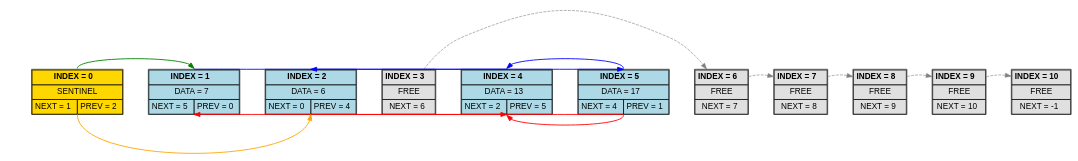
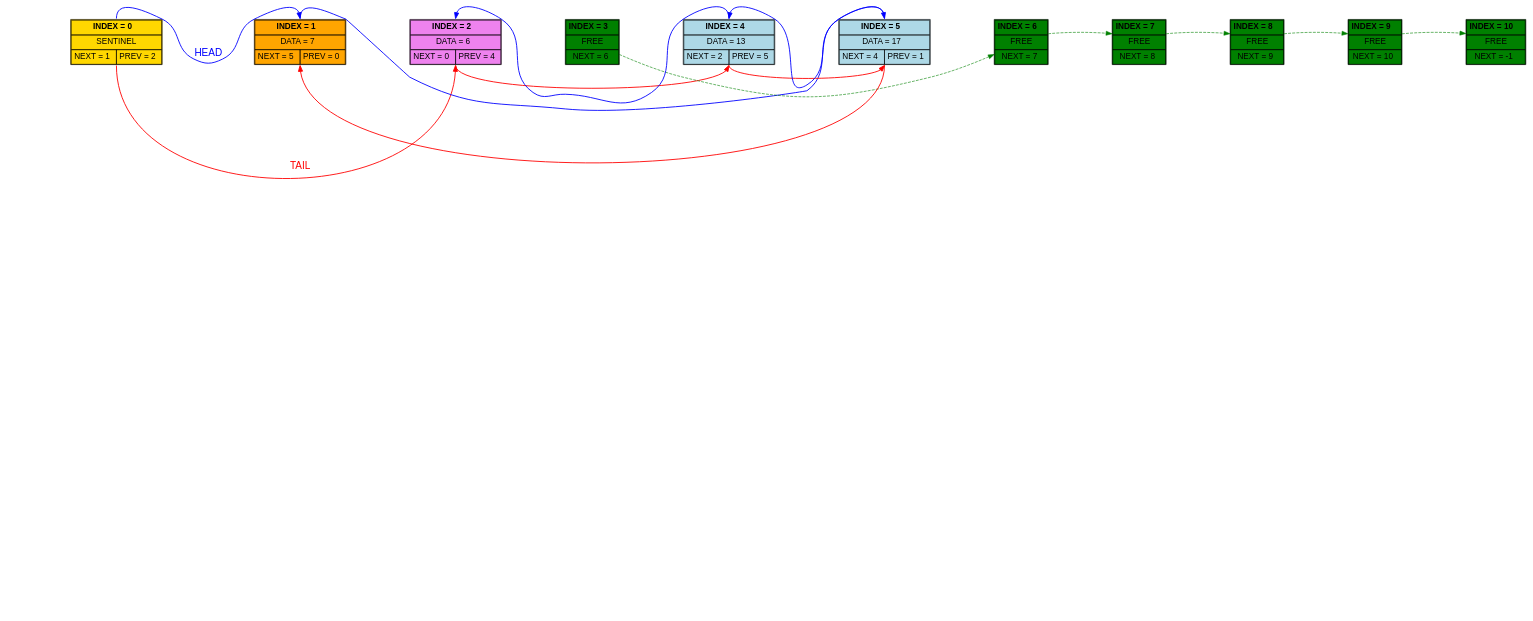
Before and after one commit to Kunanta0/List: the diagram in dump.dot, drawn with Graphviz.

```diff
--- a/dump.dot
+++ b/dump.dot
@@ -1,120 +1,121 @@
 digraph G {
- rankdir=TB;
+ rankdir=LR;
  splines=true;
  nodesep=0.6;
  ranksep=1.5;
  node [shape=none, margin=0, fontname="Helvetica"];
+ edge [fontname="Helvetica", fontsize=12];
  anchor [shape=point, style=invis, width=0];
- { rank=same; anchor;  node0 [label=<
+ { rank=same; anchor;  }
+ node0 [label=<
  <table border="1" cellborder="1" cellspacing="0" cellpadding="4" bgcolor="gold">
  <tr><td colspan="2"><b>INDEX = 0</b></td></tr>
  <tr><td colspan="2">SENTINEL</td></tr>
  <tr><td>NEXT = 1</td><td>PREV = 2</td></tr>
  </table>
  >];
  node1 [label=<
- <table border="1" cellborder="1" cellspacing="0" cellpadding="4" bgcolor="#add8e6">
+ <table border="1" cellborder="1" cellspacing="0" cellpadding="4" bgcolor="orange">
  <tr><td colspan="2"><b>INDEX = 1</b></td></tr>
  <tr><td colspan="2">DATA = 7</td></tr>
  <tr><td>NEXT = 5</td><td>PREV = 0</td></tr>
  </table>
  >];
  node2 [label=<
- <table border="1" cellborder="1" cellspacing="0" cellpadding="4" bgcolor="#add8e6">
+ <table border="1" cellborder="1" cellspacing="0" cellpadding="4" bgcolor="violet">
  <tr><td colspan="2"><b>INDEX = 2</b></td></tr>
  <tr><td colspan="2">DATA = 6</td></tr>
  <tr><td>NEXT = 0</td><td>PREV = 4</td></tr>
  </table>
  >];
  node3 [label=<
- <table border="1" cellborder="1" cellspacing="0" cellpadding="4" bgcolor="#e0e0e0">
+ <table border="1" cellborder="1" cellspacing="0" cellpadding="4" bgcolor="green">
  <tr><td colspan="2"><b>INDEX = 3</b></td></tr>
  <tr><td colspan="2">FREE</td></tr>
  <tr><td colspan="2">NEXT = 6</td></tr>
  </table>
  >];
  node4 [label=<
  <table border="1" cellborder="1" cellspacing="0" cellpadding="4" bgcolor="#add8e6">
  <tr><td colspan="2"><b>INDEX = 4</b></td></tr>
  <tr><td colspan="2">DATA = 13</td></tr>
  <tr><td>NEXT = 2</td><td>PREV = 5</td></tr>
  </table>
  >];
  node5 [label=<
  <table border="1" cellborder="1" cellspacing="0" cellpadding="4" bgcolor="#add8e6">
  <tr><td colspan="2"><b>INDEX = 5</b></td></tr>
  <tr><td colspan="2">DATA = 17</td></tr>
  <tr><td>NEXT = 4</td><td>PREV = 1</td></tr>
  </table>
  >];
  node6 [label=<
- <table border="1" cellborder="1" cellspacing="0" cellpadding="4" bgcolor="#e0e0e0">
+ <table border="1" cellborder="1" cellspacing="0" cellpadding="4" bgcolor="green">
  <tr><td colspan="2"><b>INDEX = 6</b></td></tr>
  <tr><td colspan="2">FREE</td></tr>
  <tr><td colspan="2">NEXT = 7</td></tr>
  </table>
  >];
  node7 [label=<
- <table border="1" cellborder="1" cellspacing="0" cellpadding="4" bgcolor="#e0e0e0">
+ <table border="1" cellborder="1" cellspacing="0" cellpadding="4" bgcolor="green">
  <tr><td colspan="2"><b>INDEX = 7</b></td></tr>
  <tr><td colspan="2">FREE</td></tr>
  <tr><td colspan="2">NEXT = 8</td></tr>
  </table>
  >];
  node8 [label=<
- <table border="1" cellborder="1" cellspacing="0" cellpadding="4" bgcolor="#e0e0e0">
+ <table border="1" cellborder="1" cellspacing="0" cellpadding="4" bgcolor="green">
  <tr><td colspan="2"><b>INDEX = 8</b></td></tr>
  <tr><td colspan="2">FREE</td></tr>
  <tr><td colspan="2">NEXT = 9</td></tr>
  </table>
  >];
  node9 [label=<
- <table border="1" cellborder="1" cellspacing="0" cellpadding="4" bgcolor="#e0e0e0">
+ <table border="1" cellborder="1" cellspacing="0" cellpadding="4" bgcolor="green">
  <tr><td colspan="2"><b>INDEX = 9</b></td></tr>
  <tr><td colspan="2">FREE</td></tr>
  <tr><td colspan="2">NEXT = 10</td></tr>
  </table>
  >];
  node10 [label=<
- <table border="1" cellborder="1" cellspacing="0" cellpadding="4" bgcolor="#e0e0e0">
+ <table border="1" cellborder="1" cellspacing="0" cellpadding="4" bgcolor="green">
  <tr><td colspan="2"><b>INDEX = 10</b></td></tr>
  <tr><td colspan="2">FREE</td></tr>
  <tr><td colspan="2">NEXT = -1</td></tr>
  </table>
  >];
- }
  anchor -> node0 [style=invis];
  anchor -> node1 [style=invis];
  node0 -> node1 [style=invis, weight=100];
  anchor -> node2 [style=invis];
  node1 -> node2 [style=invis, weight=100];
  anchor -> node3 [style=invis];
  node2 -> node3 [style=invis, weight=100];
  anchor -> node4 [style=invis];
  node3 -> node4 [style=invis, weight=100];
  anchor -> node5 [style=invis];
  node4 -> node5 [style=invis, weight=100];
  anchor -> node6 [style=invis];
  node5 -> node6 [style=invis, weight=100];
  anchor -> node7 [style=invis];
  node6 -> node7 [style=invis, weight=100];
  anchor -> node8 [style=invis];
  node7 -> node8 [style=invis, weight=100];
  anchor -> node9 [style=invis];
  node8 -> node9 [style=invis, weight=100];
  anchor -> node10 [style=invis];
  node9 -> node10 [style=invis, weight=100];
- node0:n -> node1:n [color=green, constraint=false, penwidth=1.5];
- node2:s -> node0:s [color=orange, dir=back, constraint=false, penwidth=1.5];
+ node0:n -> node1:n [color=blue, constraint=false, penwidth=1.5, label="HEAD", fontcolor=blue, fontsize=17];
+ node0:s -> node2:s [color=red, constraint=false, penwidth=1.5, label="TAIL", fontcolor=red, fontsize=17];
  node1:n -> node5:n [color=blue, constraint=false, penwidth=1.5];
- node4:s -> node2:s [color=red, dir=back, constraint=false, penwidth=1.5];
- node3 -> node6 [color=gray, style=dashed, constraint=false];
+ node2:s -> node4:s [color=red, constraint=false, penwidth=1.5];
+ node3 -> node6 [color=green, style=dashed, constraint=false];
  node4:n -> node2:n [color=blue, constraint=false, penwidth=1.5];
- node5:s -> node4:s [color=red, dir=back, constraint=false, penwidth=1.5];
+ node4:s -> node5:s [color=red, constraint=false, penwidth=1.5];
  node5:n -> node4:n [color=blue, constraint=false, penwidth=1.5];
- node1:s -> node5:s [color=red, dir=back, constraint=false, penwidth=1.5];
- node6 -> node7 [color=gray, style=dashed, constraint=false];
- node7 -> node8 [color=gray, style=dashed, constraint=false];
- node8 -> node9 [color=gray, style=dashed, constraint=false];
- node9 -> node10 [color=gray, style=dashed, constraint=false];
+ node5:s -> node1:s [color=red, constraint=false, penwidth=1.5];
+ node6 -> node7 [color=green, style=dashed, constraint=false];
+ node7 -> node8 [color=green, style=dashed, constraint=false];
+ node8 -> node9 [color=green, style=dashed, constraint=false];
+ node9 -> node10 [color=green, style=dashed, constraint=false];
 }
```
